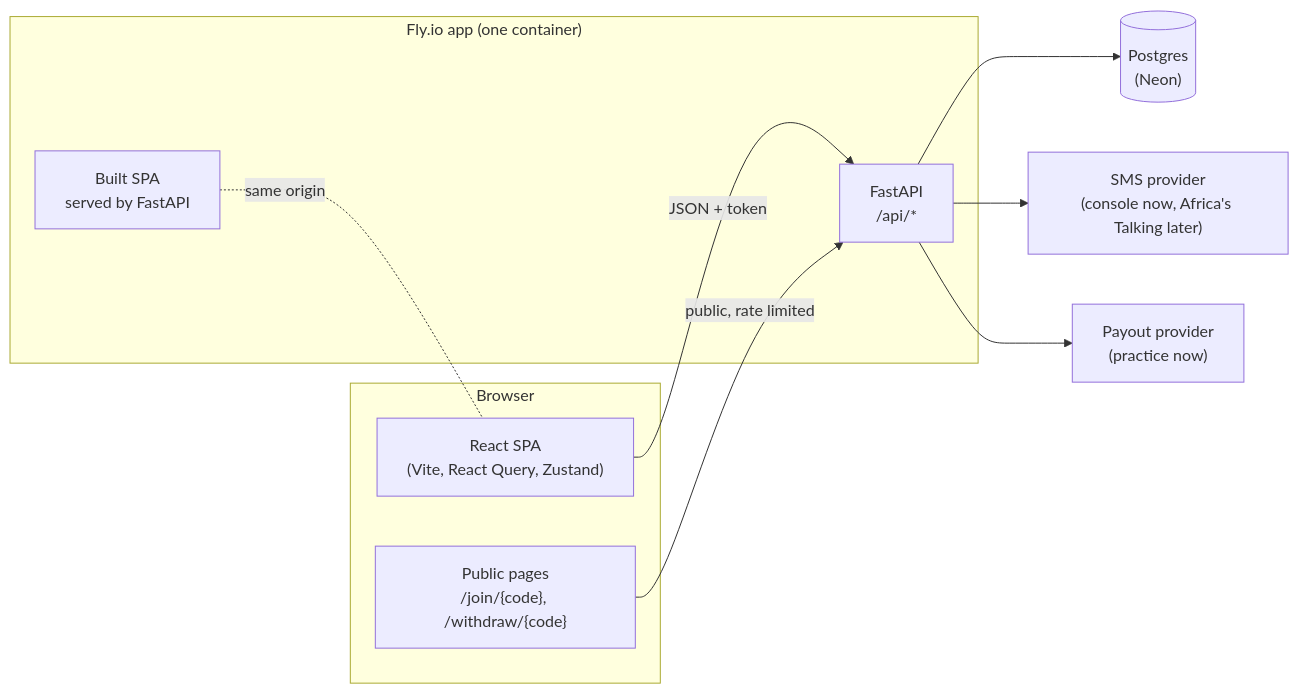
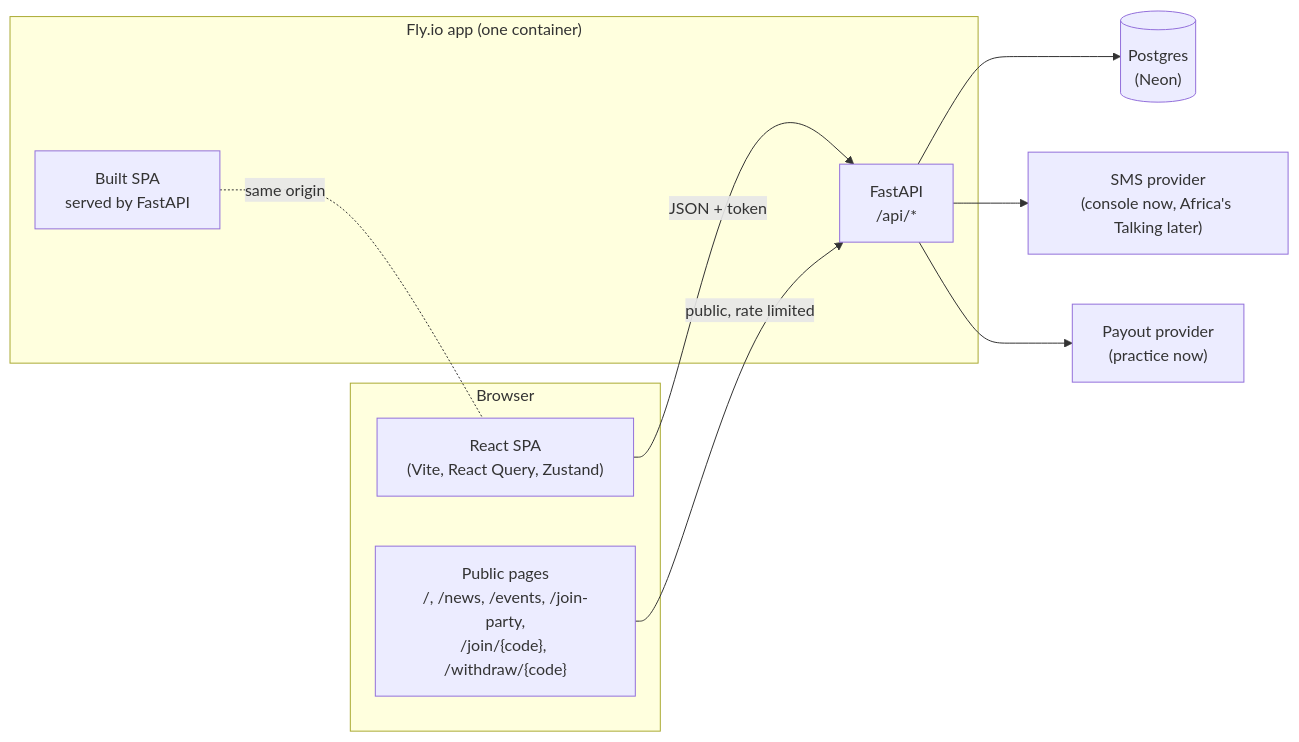
Before and after one commit to JeremyWarui/super-duper-crm: the second of 3 diagrams in docs/SYSTEM.md, drawn with Mermaid. The commit also changed other lines of this file and 2 other files, not shown here.

First line of the commit message:
Close Release 4: system brief for the public site and dashboard, draft events test

````diff
--- a/docs/SYSTEM.md
+++ b/docs/SYSTEM.md
@@ -471,20 +508,20 @@
 ```mermaid
 flowchart LR
   subgraph Browser
     SPA["React SPA<br/>(Vite, React Query, Zustand)"]
-    QR["Public pages<br/>/join/{code}, /withdraw/{code}"]
+    QR["Public pages<br/>/, /news, /events, /join-party,<br/>/join/{code}, /withdraw/{code}"]
   end
   subgraph Fly["Fly.io app (one container)"]
     API["FastAPI<br/>/api/*"]
     STATIC["Built SPA<br/>served by FastAPI"]
   end
   DB[("Postgres<br/>(Neon)")]
   SMS["SMS provider<br/>(console now, Africa's Talking later)"]
   PAY["Payout provider<br/>(practice now)"]
   SPA -- "JSON + token" --> API
   QR -- "public, rate limited" --> API
   API --> DB
   API --> SMS
   API --> PAY
   STATIC -. "same origin" .- SPA
 ```
````
